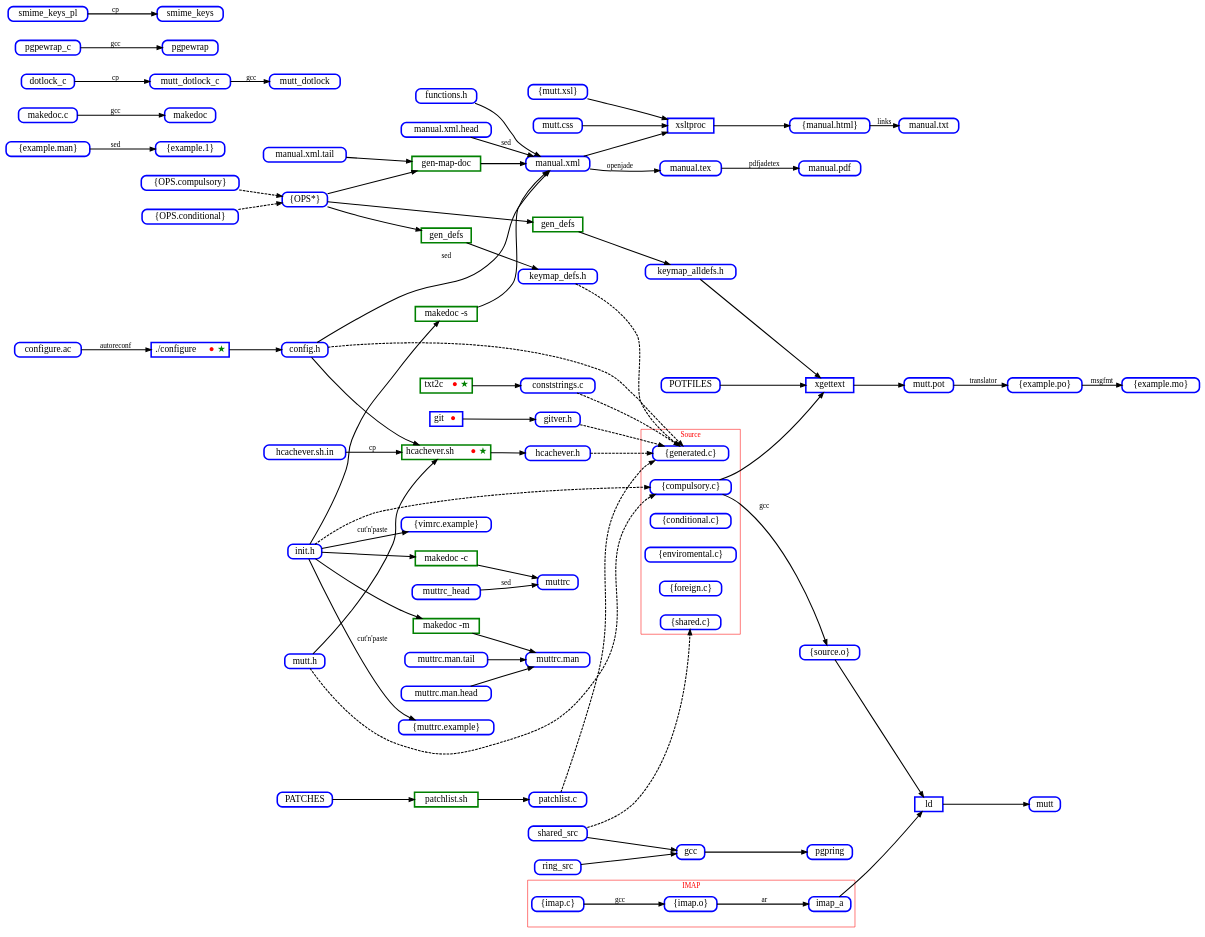
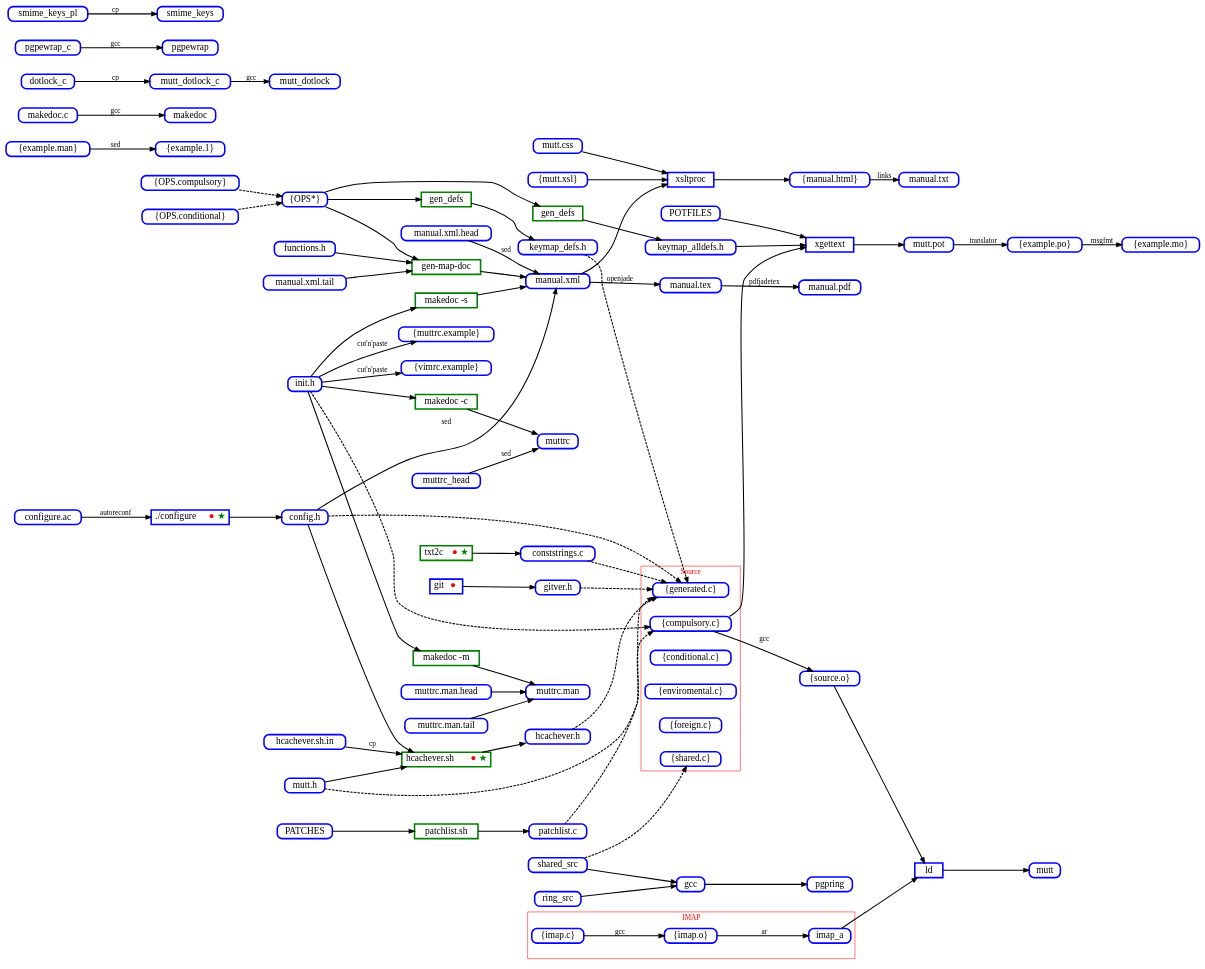
The diagram in _dev/make.gv (neomutt/neomutt.github.io), drawn with Graphviz before and after one commit. The commit also changed 1 other file, not shown here.

Commit message:
fix diagram dep

```diff
--- a/_dev/make.gv
+++ b/_dev/make.gv
@@ -1,193 +1,193 @@
 digraph build {
 	graph [
 		rankdir="LR"
 		nodesep="0.5"
 		ranksep="0.3"
 	]
 
 	node [
 		shape="Mrecord"
 		style="solid"
 		height="0.2"
 		penwidth="3.0"
 		color="blue"
 		fontcolor="black"
 		fontsize="18"
 	]
 
 	edge [
 		penwidth="2.0"
 		color="#000000"
 		arrowsize="1.0"
 	]
 
 
 	comp_ops         [ label="\{OPS.compulsory\}"  ]
 	cond_ops         [ label="\{OPS.conditional\}" ]
 	configure_ac     [ label="configure.ac"        ]
 	config_h         [ label="config.h"            ]
 	conststrings_c   [ label="conststrings.c"      ]
 	functions_h      [ label="functions.h"         ]
 	gitver_h         [ label="gitver.h"            ]
 	hcachever_h      [ label="hcachever.h"         ]
 	hcachever_sh     [ label="hcachever.sh"        ]
 	hcachever_sh_in  [ label="hcachever.sh.in"     ]
 	init_h           [ label="init.h"              ]
 	keymap_alldefs_h [ label="keymap_alldefs.h"    ]
 	keymap_defs_h    [ label="keymap_defs.h"       ]
 	lots_1           [ label="\{example.1\}"       ]
 	lots_man         [ label="\{example.man\}"     ]
 	lots_mo          [ label="\{example.mo\}"      ]
 	lots_muttrc      [ label="\{muttrc.example\}"  ]
 	lots_obj         [ label="\{source.o\}"        ]
 	lots_po          [ label="\{example.po\}"      ]
 	lots_vimrc       [ label="\{vimrc.example\}"   ]
 	lots_xsl         [ label="\{mutt.xsl\}"        ]
 	makedoc_src      [ label="makedoc.c"           ]
 	manual_html      [ label="\{manual.html\}"     ]
 	manual_pdf       [ label="manual.pdf"          ]
 	manual_tex       [ label="manual.tex"          ]
 	manual_txt       [ label="manual.txt"          ]
 	manual_xml       [ label="manual.xml"          ]
 	manual_xml_head  [ label="manual.xml.head"     ]
 	manual_xml_tail  [ label="manual.xml.tail"     ]
 	muttrc           [ label="muttrc"              ]
 	muttrc_man       [ label="muttrc.man"          ]
 	muttrc_man_head  [ label="muttrc.man.head"     ]
 	muttrc_man_tail  [ label="muttrc.man.tail"     ]
 	mutt_css         [ label="mutt.css"            ]
 	mutt_h           [ label="mutt.h"              ]
 	mutt_pot         [ label="mutt.pot"            ]
 	ops              [ label="\{OPS*\}"            ]
 	patchlist_c      [ label="patchlist.c"         ]
 
 	dot_configure [ label=<./configure <font color="red">●</font><font color="green">★</font>> shape="box" ]
 	gen_alldefs   [ label="gen_defs" color="green" shape="box" ]
 	gen_defs      [ label="gen_defs" color="green" shape="box" ]
 	gen_map_doc   [ label="gen-map-doc" color="green" shape="box" ]
 	git           [ label=<git <font color="red">●</font>> shape="box" ]
 	hcachever_sh  [ label=<hcachever.sh <font color="red">●</font><font color="green">★</font>> color="green" shape="box" ]
 	ld            [ label="ld" shape="box" ]
 	makedoc_c     [ label="makedoc -c" color="green" shape="box" ]
 	makedoc_m     [ label="makedoc -m" color="green" shape="box" ]
 	makedoc_s     [ label="makedoc -s" color="green" shape="box" ]
 	patchlist_sh  [ label="patchlist.sh" color="green" shape="box" ]
 	txt2c         [ label=<txt2c <font color="red">●</font><font color="green">★</font>> color="green" shape="box" ]
 	xgettext      [ label="xgettext" shape="box" ]
 	xsltproc      [ label="xsltproc" shape="box" ]
 
 	compulsory -> lots_obj [ label="gcc" ]
 	lots_obj -> ld
 	ld -> mutt
 
 	dot_configure -> config_h
 	config_h -> generated [ style="dashed" ]
 
 	git -> gitver_h
 	gitver_h -> generated [ style="dashed" ]
 
 	txt2c -> conststrings_c
 	conststrings_c -> generated [ style="dashed" ]
 
 	config_h -> hcachever_sh
 	mutt_h -> hcachever_sh
 	mutt_h -> compulsory [ style="dashed" ]
 	hcachever_sh -> hcachever_h
 	hcachever_h -> generated [ style="dashed" ]
 
 	PATCHES -> patchlist_sh
 	patchlist_sh -> patchlist_c
 	patchlist_c -> generated [ style="dashed" ]
 
 	ops -> gen_defs
 	gen_defs -> keymap_defs_h
 	ops -> gen_alldefs
 	gen_alldefs -> keymap_alldefs_h
 	keymap_defs_h -> generated [ style="dashed" ]
 
 	cond_ops -> ops [ style="dashed" ]
 	comp_ops -> ops [ style="dashed" ]
 
 	subgraph cluster_imap {
 		fontcolor="red"
 		label="IMAP"
 		color="#ff0000"
 
 		lots_imap_c [ label="\{imap.c\}" ]
 		lots_imap_o [ label="\{imap.o\}" ]
 
 		lots_imap_c -> lots_imap_o [ label="gcc" ]
 		lots_imap_o -> imap_a [ label="ar" ]
 	}
 
 	subgraph cluster_source {
 		fontcolor="red"
 		label="Source"
 		color="#ff0000"
 
 		compulsory   [ label="\{compulsory.c\}"   ]
 		conditional  [ label="\{conditional.c\}"  ]
 		enviromental [ label="\{enviromental.c\}" ]
 		foreign      [ label="\{foreign.c\}"      ]
 		generated    [ label="\{generated.c\}"    ]
 		shared       [ label="\{shared.c\}"       ]
 	}
 
 	imap_a -> ld
 	POTFILES -> xgettext
 	keymap_alldefs_h -> xgettext
 	compulsory -> xgettext
 	xgettext -> mutt_pot
 
 	lots_man -> lots_1 [ label="sed" ]
 
 	configure_ac -> dot_configure [ label="autoreconf" ]
 
 	manual_xml -> xsltproc
 	lots_xsl -> xsltproc
 	mutt_css -> xsltproc
 	xsltproc -> manual_html
 	manual_html -> manual_txt [ label="links" ]
 
 	mutt_pot -> lots_po [ label="translator" ]
 	lots_po -> lots_mo [ label="msgfmt" ]
 
 	init_h -> makedoc_m
 	muttrc_man_head -> muttrc_man
 	makedoc_m -> muttrc_man
 	muttrc_man_tail -> muttrc_man
 
 	muttrc_head -> muttrc [ label="sed" ]
 	init_h -> makedoc_c
 	makedoc_c -> muttrc
 
 	init_h -> lots_muttrc [ label="cut'n'paste" ]
 	init_h -> lots_vimrc [ label="cut'n'paste" ]
 
 	init_h -> compulsory [ style="dashed" ]
 
 	hcachever_sh_in -> hcachever_sh [ label="cp" ]
 	dotlock_c -> mutt_dotlock_c [ label="cp" ]
 	mutt_dotlock_c -> mutt_dotlock [ label="gcc" ]
 	pgpewrap_c -> pgpewrap [ label="gcc" ]
 	smime_keys_pl -> smime_keys [ label="cp" ]
 	makedoc_src -> makedoc [ label="gcc" ]
 
 	config_h -> manual_xml [ label="sed" ]
 	manual_xml_head -> manual_xml [ label="sed" ]
 
 	manual_xml_tail -> gen_map_doc
 	ops -> gen_map_doc
 	gen_map_doc -> manual_xml
 	init_h -> makedoc_s
 	makedoc_s -> manual_xml
-	functions_h -> manual_xml
+	functions_h -> gen_map_doc
 
 	manual_xml -> manual_tex [ label="openjade" ]
 	manual_tex -> manual_pdf [ label="pdfjadetex" ]
 
 	shared_src -> gcc
 	shared_src -> shared [ style="dashed" ]
 	ring_src -> gcc
 	gcc -> pgpring
 }
```
